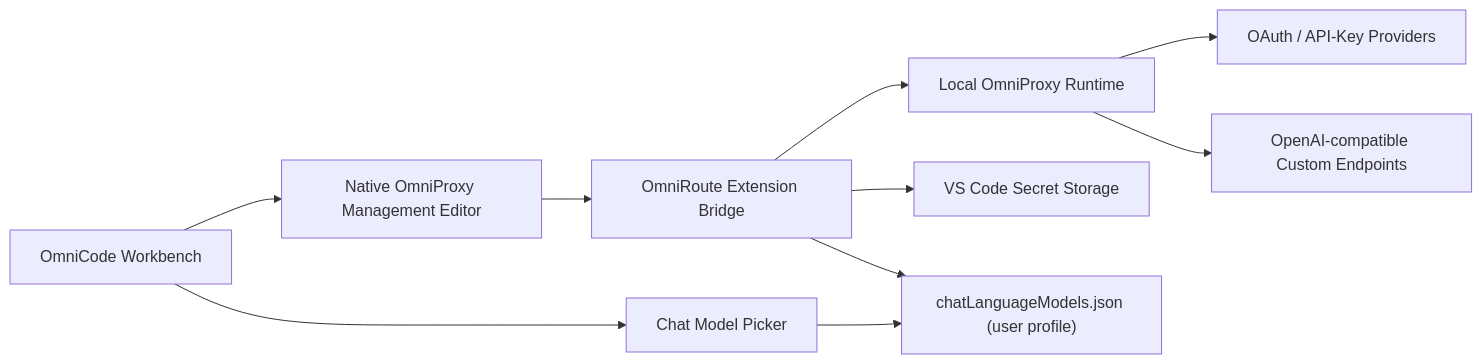
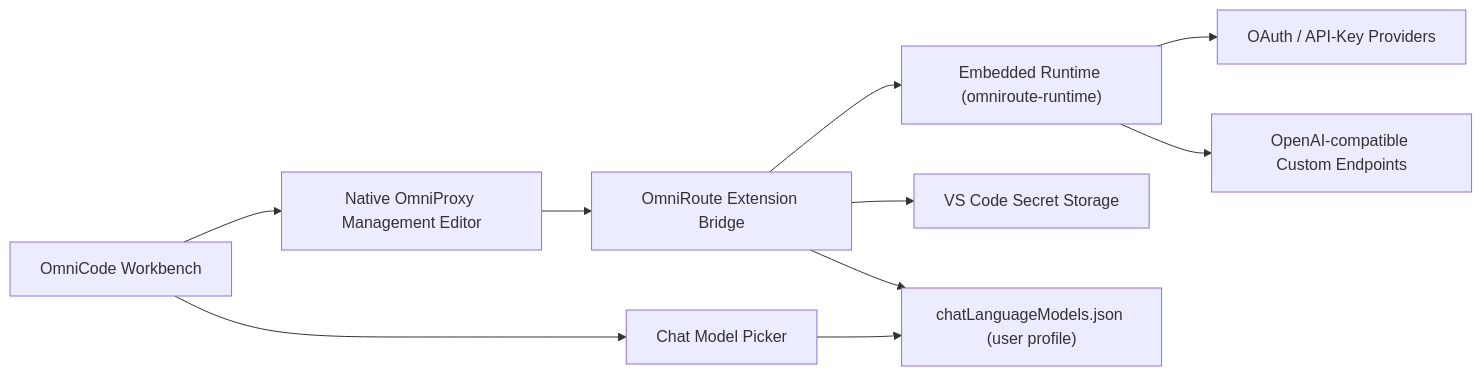
One commit to cyborgateuk-arch/OmniCode changed the diagram in docs/OMNICODE.md. Above: the diagram before and after it, drawn with Mermaid. The commit also changed other lines of this file and 1589 other files, not shown here.

Commit message:
Embed OmniProxy runtime and simplify native UI

````diff
--- a/docs/OMNICODE.md
+++ b/docs/OMNICODE.md
@@ -24,12 +24,12 @@
 ```mermaid
 flowchart LR
     A["OmniCode Workbench"] --> B["Native OmniProxy Management Editor"]
     A --> C["Chat Model Picker"]
     B --> D["OmniRoute Extension Bridge"]
-    D --> E["Local OmniProxy Runtime"]
+    D --> E["Embedded Runtime (omniroute-runtime)"]
     E --> F["OAuth / API-Key Providers"]
     E --> G["OpenAI-compatible Custom Endpoints"]
     D --> H["VS Code Secret Storage"]
     C --> I["chatLanguageModels.json (user profile)"]
     D --> I
 ```
````
